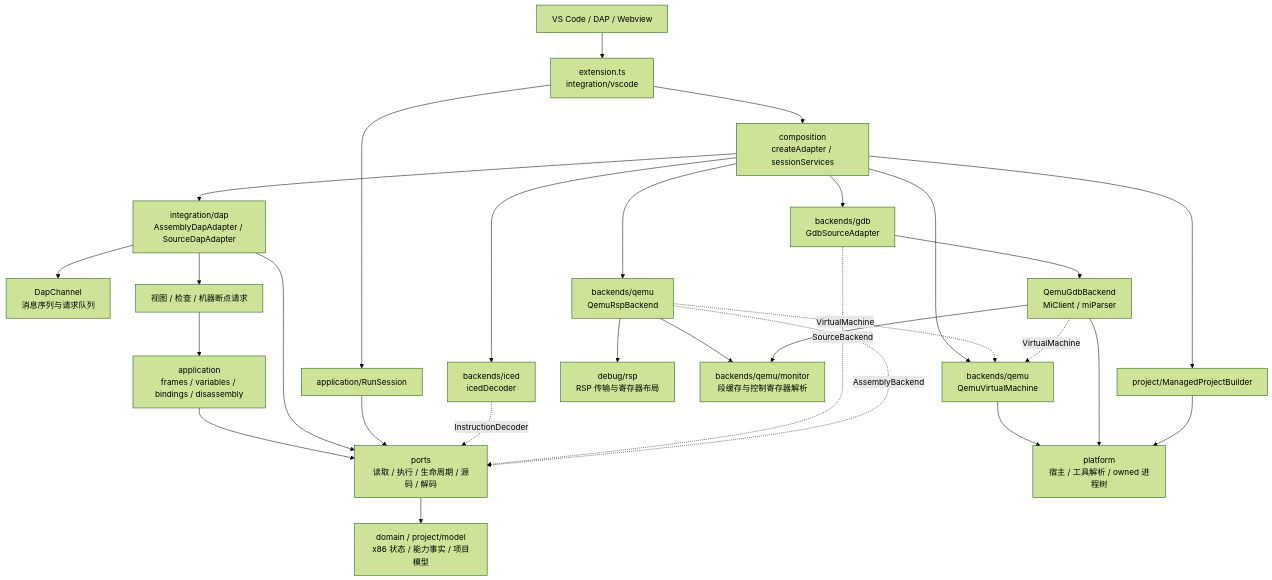
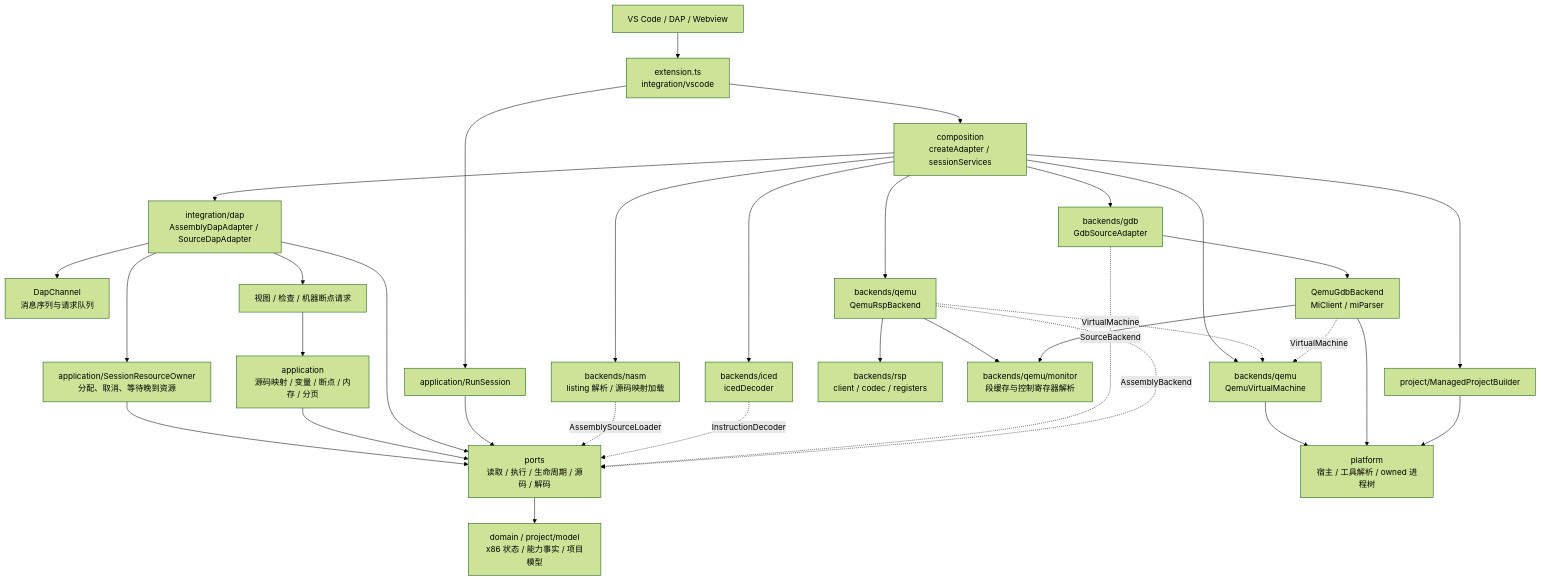
One commit to nothingzhl/vscode-qemu-asm changed the first of 2 diagrams in docs/ARCHITECTURE.md. Above: the diagram before and after it, drawn with Mermaid (forest theme). The commit also changed other lines of this file and 3 other files, not shown here.

Commit message:
docs: publish refined architecture, complete source tree and verified delivery results

````diff
--- a/docs/ARCHITECTURE.md
+++ b/docs/ARCHITECTURE.md
@@ -19,31 +19,35 @@
 ```mermaid
 flowchart TD
     VS[VS Code / DAP / Webview] --> Entry[extension.ts<br/>integration/vscode]
     Entry --> Composition[composition<br/>createAdapter / sessionServices]
     Composition --> DAP[integration/dap<br/>AssemblyDapAdapter / SourceDapAdapter]
     DAP --> Channel[DapChannel<br/>消息序列与请求队列]
     DAP --> Requests[视图 / 检查 / 机器断点请求]
-    Requests --> Application[application<br/>frames / variables / bindings / disassembly]
+    Requests --> Application[application<br/>源码映射 / 变量 / 断点 / 内存 / 分页]
+    DAP --> Owner[application/SessionResourceOwner<br/>分配、取消、等待晚到资源]
+    Owner --> Ports
     Entry --> Run[application/RunSession]
     Application --> Ports[ports<br/>读取 / 执行 / 生命周期 / 源码 / 解码]
     DAP --> Ports
     Run --> Ports
     Ports --> Models[domain / project/model<br/>x86 状态 / 能力事实 / 项目模型]
     Composition --> RSP[backends/qemu<br/>QemuRspBackend]
     Composition --> Source[backends/gdb<br/>GdbSourceAdapter]
     Source --> MI[QemuGdbBackend<br/>MiClient / miParser]
     Composition --> VM[backends/qemu<br/>QemuVirtualMachine]
     Composition --> Decoder[backends/iced<br/>icedDecoder]
+    Composition --> NASM[backends/nasm<br/>listing 解析 / 源码映射加载]
+    NASM -. AssemblySourceLoader .-> Ports
     RSP -. VirtualMachine .-> VM
     MI -. VirtualMachine .-> VM
-    RSP --> Protocol[debug/rsp<br/>RSP 传输与寄存器布局]
+    RSP --> Protocol[backends/rsp<br/>client / codec / registers]
     RSP --> HMP[backends/qemu/monitor<br/>段缓存与控制寄存器解析]
     MI --> HMP
     VM --> Platform[platform<br/>宿主 / 工具解析 / owned 进程树]
     MI --> Platform
     Composition --> Builder[project/ManagedProjectBuilder]
     Builder --> Platform
     Decoder -. InstructionDecoder .-> Ports
     Source -. SourceBackend .-> Ports
     RSP -. AssemblyBackend .-> Ports
 ```
````
